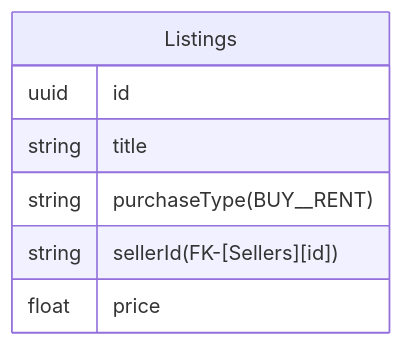
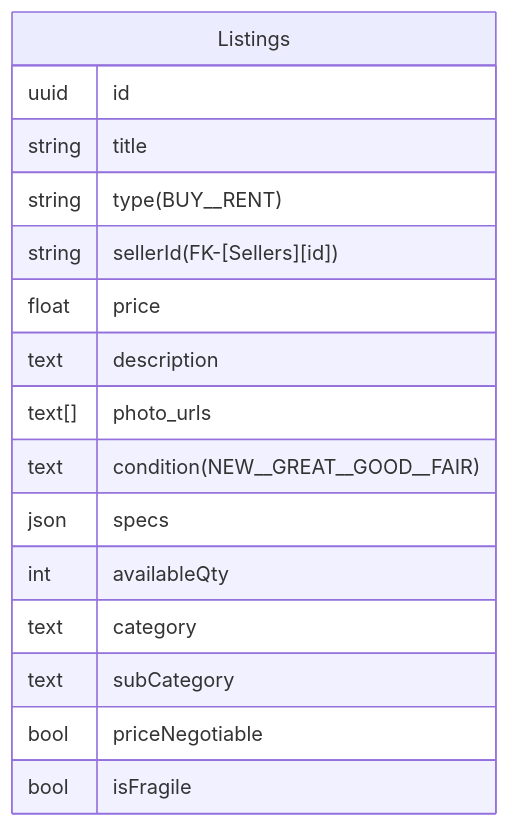
One commit to AnariMarketplace/marketplace-mvp-api-v1 changed the first of 2 diagrams in docs/listing-service/db.md. Above: the diagram before and after it, drawn with Mermaid. The commit also changed other lines of this file and 123 other files, not shown here.

````diff
--- a/docs/listing-service/db.md
+++ b/docs/listing-service/db.md
@@ -1,10 +1,19 @@
 ```mermaid
 erDiagram
 Listings {
 uuid id
 string title
-string purchaseType(BUY__RENT)
+string type(BUY__RENT)
 string sellerId(FK-[Sellers][id])
 float price
+text description
+text[] photo_urls
+text condition(NEW__GREAT__GOOD__FAIR)
+json specs
+int availableQty
+text category
+text subCategory
+bool priceNegotiable
+bool isFragile
 }
 ```
````
